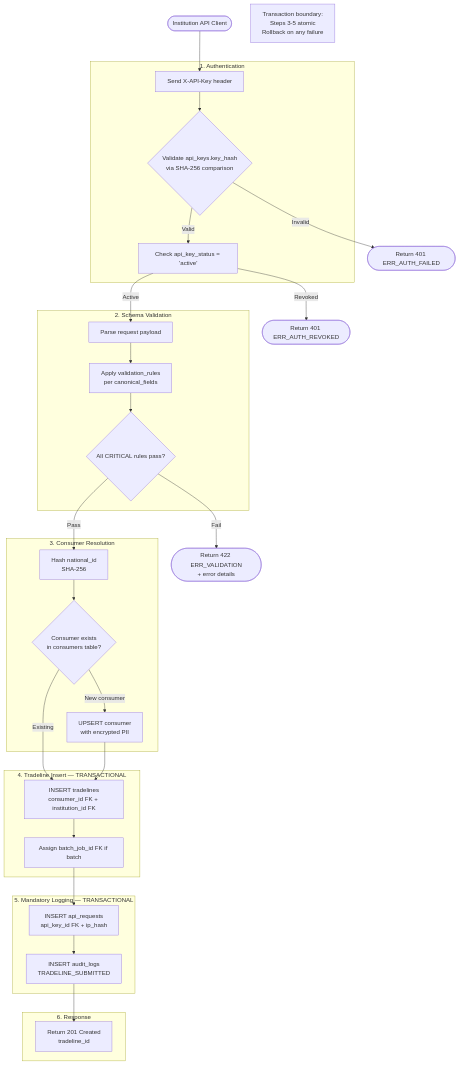
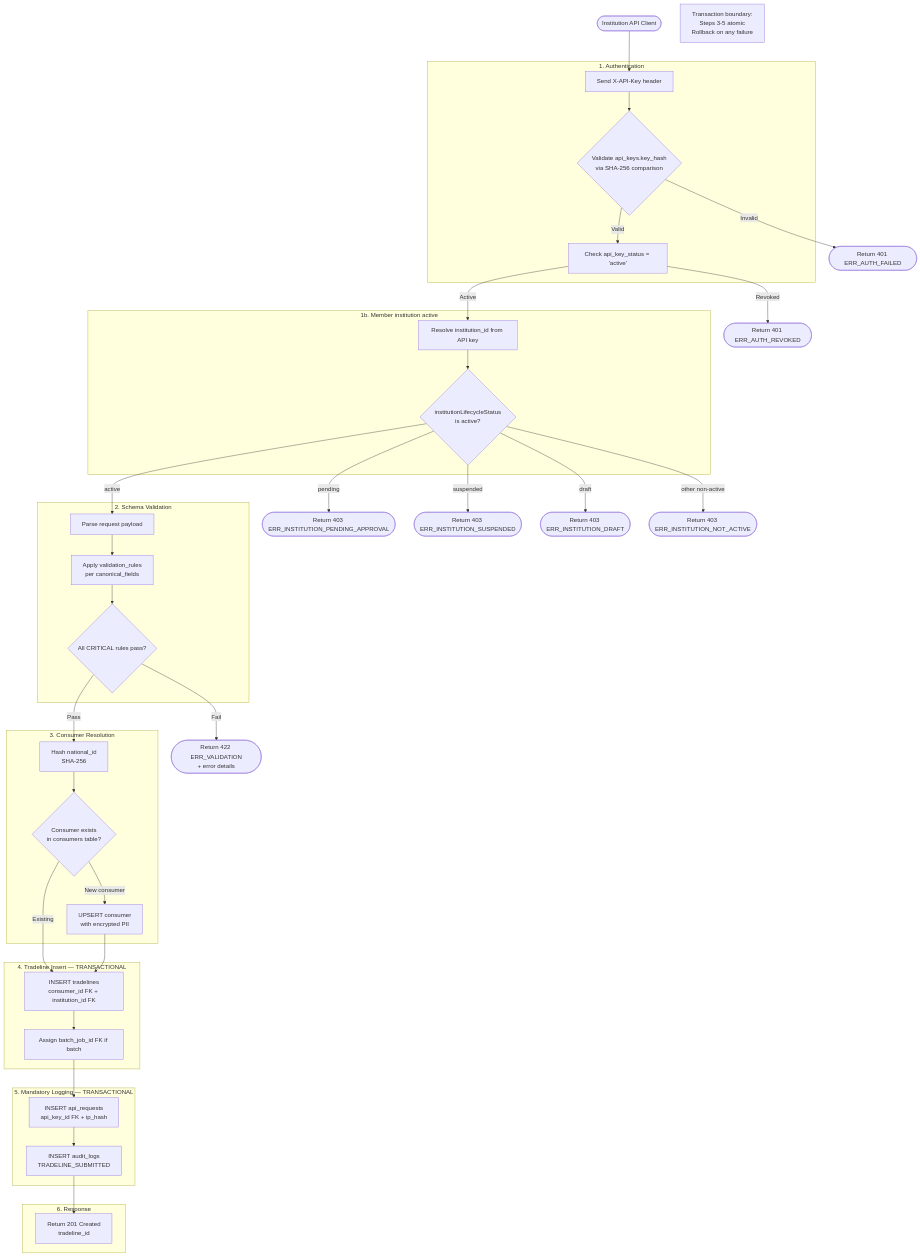
Before and after one commit to ashutoshbelulkar-coder/credit-harmony: the first of 6 diagrams in docs/technical/Data-Flow-Diagram.md, drawn with Mermaid. The commit also changed other lines of this file and 78 other files, not shown here.

First line of the commit message:
feat: Fastify schema-mapper and data-ingestion APIs, register form metadata, packet catalog parity, UI and docs updates

````diff
--- a/docs/technical/Data-Flow-Diagram.md
+++ b/docs/technical/Data-Flow-Diagram.md
@@ -9,57 +17,68 @@
 ```mermaid
 flowchart TD
     START([Institution API Client])
 
     subgraph Step1 [1. Authentication]
         A1[Send X-API-Key header]
         A2{Validate api_keys.key_hash<br/>via SHA-256 comparison}
         A3[Check api_key_status = 'active']
+    end
+
+    subgraph Step1b [1b. Member institution active]
+        A4[Resolve institution_id from API key]
+        A5{institutionLifecycleStatus<br/>is active?}
     end
 
     subgraph Step2 [2. Schema Validation]
         B1[Parse request payload]
         B2[Apply validation_rules<br/>per canonical_fields]
         B3{All CRITICAL rules pass?}
     end
 
     subgraph Step3 [3. Consumer Resolution]
         C1[Hash national_id<br/>SHA-256]
         C2{Consumer exists<br/>in consumers table?}
         C3[UPSERT consumer<br/>with encrypted PII]
     end
 
     subgraph Step4 [4. Tradeline Insert — TRANSACTIONAL]
         D1[INSERT tradelines<br/>consumer_id FK + institution_id FK]
         D2[Assign batch_job_id FK if batch]
     end
 
     subgraph Step5 [5. Mandatory Logging — TRANSACTIONAL]
         E1[INSERT api_requests<br/>api_key_id FK + ip_hash]
         E2[INSERT audit_logs<br/>TRADELINE_SUBMITTED]
     end
 
     subgraph Step6 [6. Response]
         F1[Return 201 Created<br/>tradeline_id]
     end
 
     START --> A1
     A1 --> A2
     A2 -->|Invalid| FAIL1([Return 401 ERR_AUTH_FAILED])
     A2 -->|Valid| A3
     A3 -->|Revoked| FAIL2([Return 401 ERR_AUTH_REVOKED])
-    A3 -->|Active| B1
+    A3 -->|Active| A4
+    A4 --> A5
+    A5 -->|pending| FAIL1b([Return 403 ERR_INSTITUTION_PENDING_APPROVAL])
+    A5 -->|suspended| FAIL1c([Return 403 ERR_INSTITUTION_SUSPENDED])
+    A5 -->|draft| FAIL1d([Return 403 ERR_INSTITUTION_DRAFT])
+    A5 -->|other non-active| FAIL1e([Return 403 ERR_INSTITUTION_NOT_ACTIVE])
+    A5 -->|active| B1
     B1 --> B2
     B2 --> B3
     B3 -->|Fail| FAIL3([Return 422 ERR_VALIDATION<br/>+ error details])
     B3 -->|Pass| C1
     C1 --> C2
     C2 -->|New consumer| C3
     C2 -->|Existing| D1
     C3 --> D1
     D1 --> D2
     D2 --> E1
     E1 --> E2
     E2 --> F1
 
     Note1[Transaction boundary:<br/>Steps 3-5 atomic<br/>Rollback on any failure]
 ```
````
